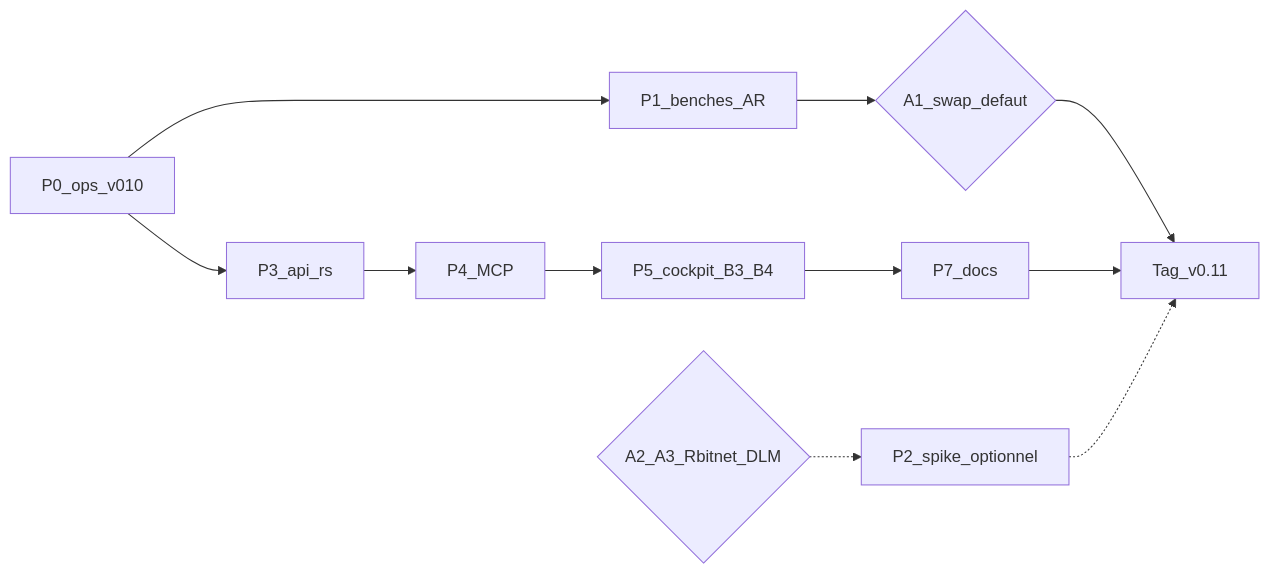
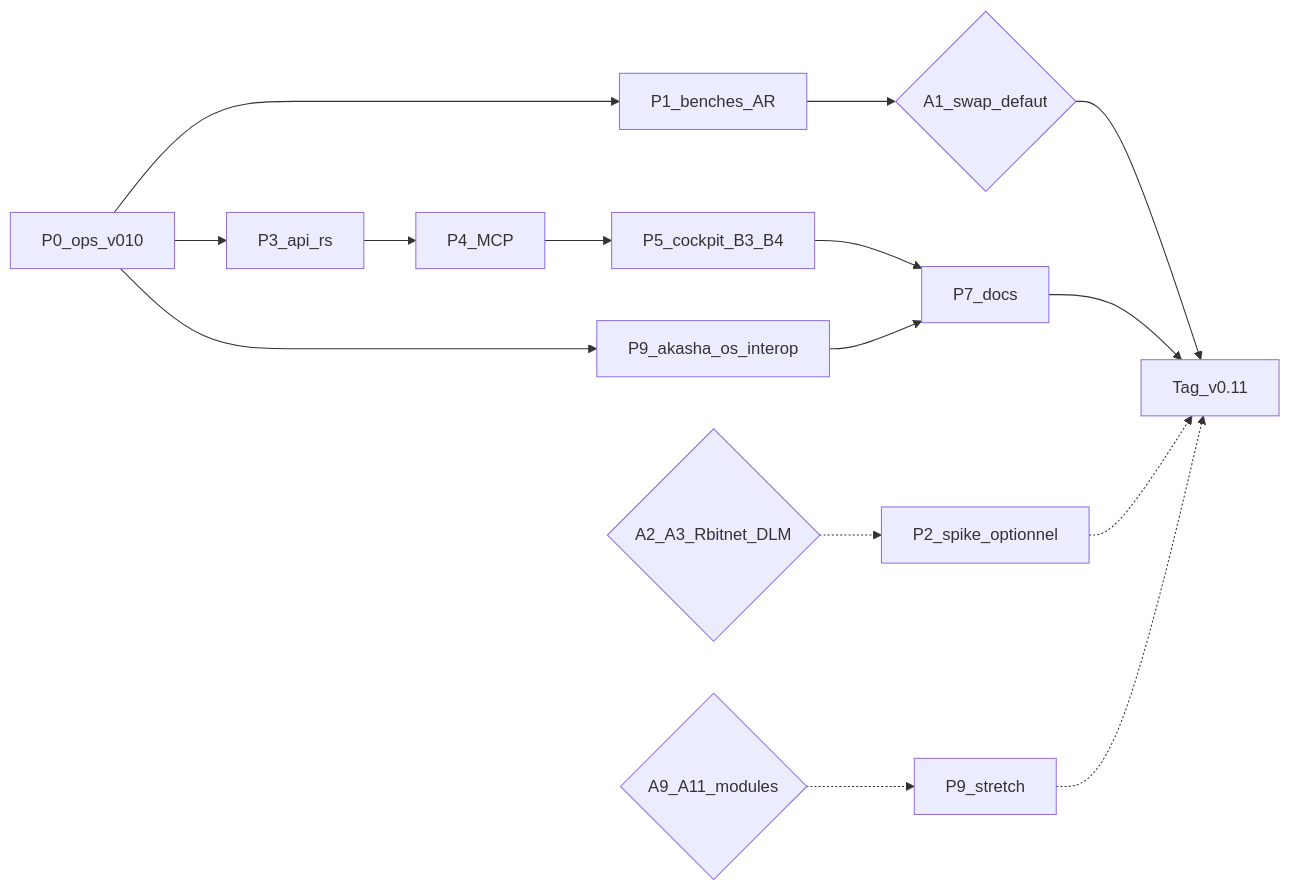
Before and after one commit to azerothl/Akasha: the diagram in spec/dev/releases/roadmap_v0.11.0.md, drawn with Mermaid. The commit also changed other lines of this file, not shown here.

First line of the commit message:
docs(roadmap): add P9 akasha-os skills/modules interop

````diff
--- a/spec/dev/releases/roadmap_v0.11.0.md
+++ b/spec/dev/releases/roadmap_v0.11.0.md
@@ -245,13 +296,17 @@
 ```mermaid
 flowchart LR
   P0[P0_ops_v010] --> P1[P1_benches_AR]
   P0 --> P3[P3_api_rs]
+  P0 --> P9[P9_akasha_os_interop]
   P1 --> A1{A1_swap_defaut}
   P3 --> P4[P4_MCP]
   P4 --> P5[P5_cockpit_B3_B4]
   P5 --> P7[P7_docs]
+  P9 --> P7
   A1 --> Tag[Tag_v0.11]
   P7 --> Tag
   A2A3{A2_A3_Rbitnet_DLM} -.-> P2[P2_spike_optionnel]
   P2 -.-> Tag
+  A9A11{A9_A11_modules} -.-> P9s[P9_stretch]
+  P9s -.-> Tag
 ```
````
